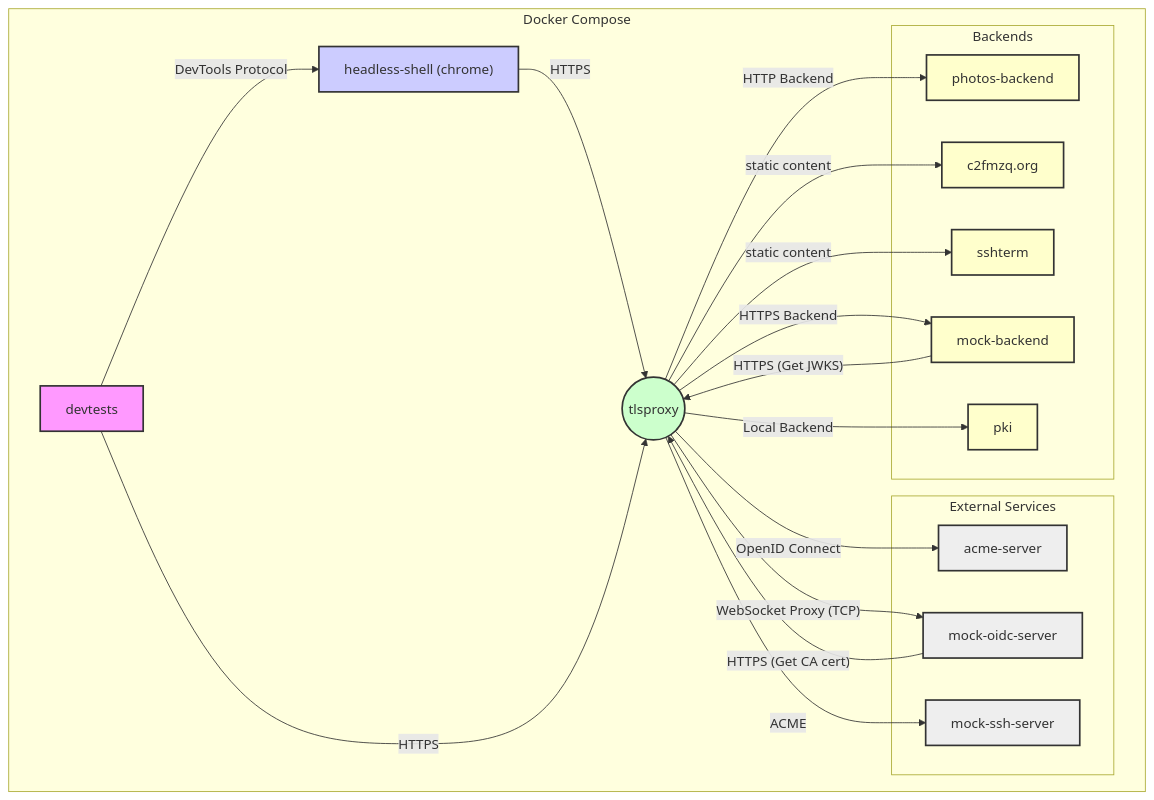
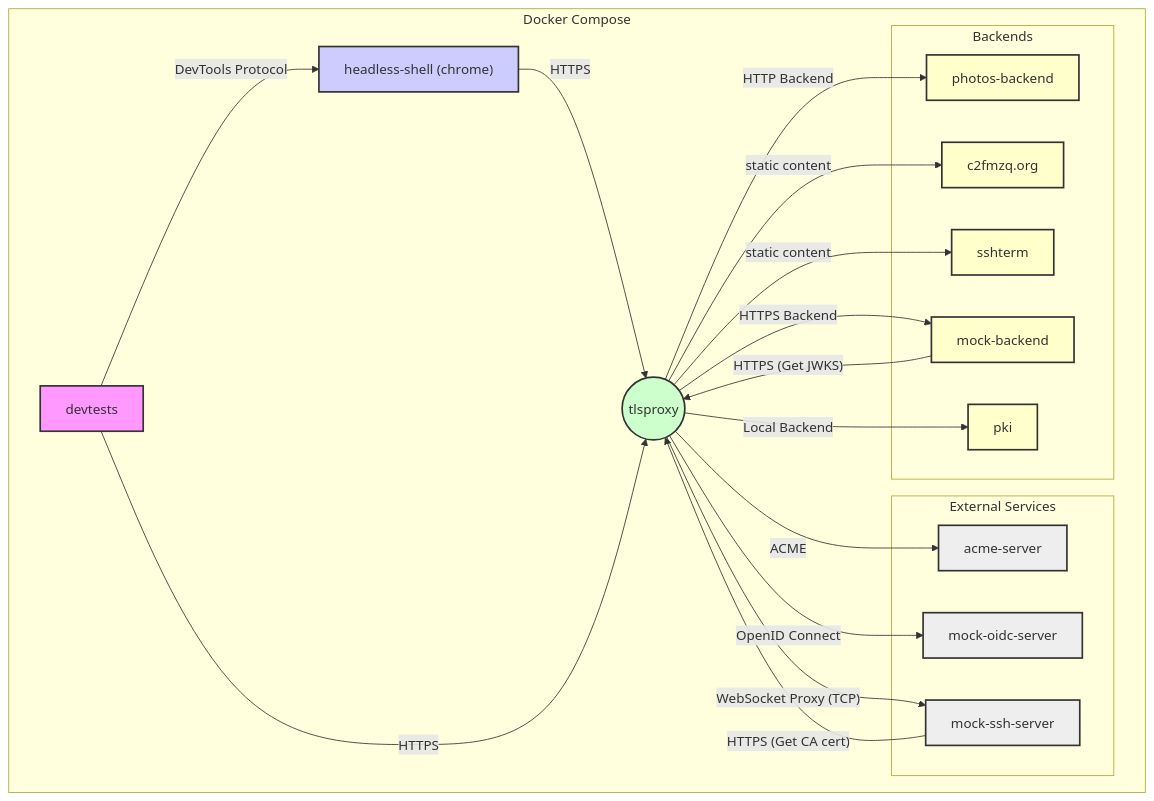
One commit to c2FmZQ/integration-tests changed the diagram in README.md. Above: the diagram before and after it, drawn with Mermaid.

````diff
--- a/README.md
+++ b/README.md
@@ -9,46 +9,46 @@
 ```mermaid
 graph TD
     subgraph "Docker Compose"
         A[devtests]
         B["headless-shell (chrome)"];
         P((tlsproxy));
         subgraph "External Services"
             S1[acme-server];
             S2[mock-oidc-server];
             S3[mock-ssh-server];
         end
         subgraph "Backends"
             B1[photos-backend];
             B2[c2fmzq.org];
             B3[sshterm];
             B4[mock-backend];
             B5[pki]
         end
     end
 
     A -->|DevTools Protocol| B;
     B -->|HTTPS| P;
     A -->|HTTPS| P;
-    P -->|"OpenID Connect"| S1;
-    P -->|"WebSocket Proxy (TCP)"| S2;
-    P -->|"ACME"| S3;
-    S2 -->|"HTTPS (Get CA cert)"| P;
+    P -->|"ACME"| S1;
+    P -->|"OpenID Connect"| S2;
+    P -->|"WebSocket Proxy (TCP)"| S3;
+    S3 -->|"HTTPS (Get CA cert)"| P;
     P -->|HTTP Backend| B1;
     P -->|static content| B2;
     P -->|static content| B3;
     P -->|HTTPS Backend| B4;
     B4 -->|"HTTPS (Get JWKS)"| P
     P -->|Local Backend| B5;
 
     style S1 fill:#eee,stroke:#333,stroke-width:2px
     style S2 fill:#eee,stroke:#333,stroke-width:2px
     style S3 fill:#eee,stroke:#333,stroke-width:2px
     style A fill:#f9f,stroke:#333,stroke-width:2px
     style B fill:#ccf,stroke:#333,stroke-width:2px
     style P fill:#cfc,stroke:#333,stroke-width:2px
     style B1 fill:#ffc,stroke:#333,stroke-width:2px
     style B2 fill:#ffc,stroke:#333,stroke-width:2px
     style B3 fill:#ffc,stroke:#333,stroke-width:2px
     style B4 fill:#ffc,stroke:#333,stroke-width:2px
     style B5 fill:#ffc,stroke:#333,stroke-width:2px
 ```
````
